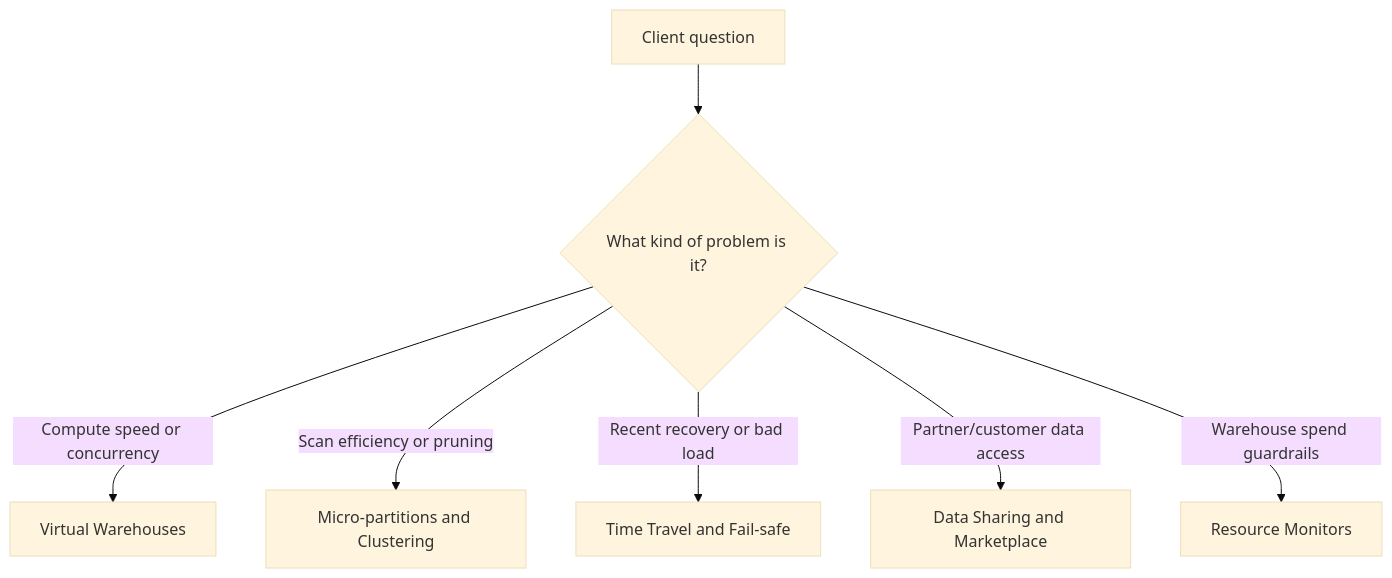
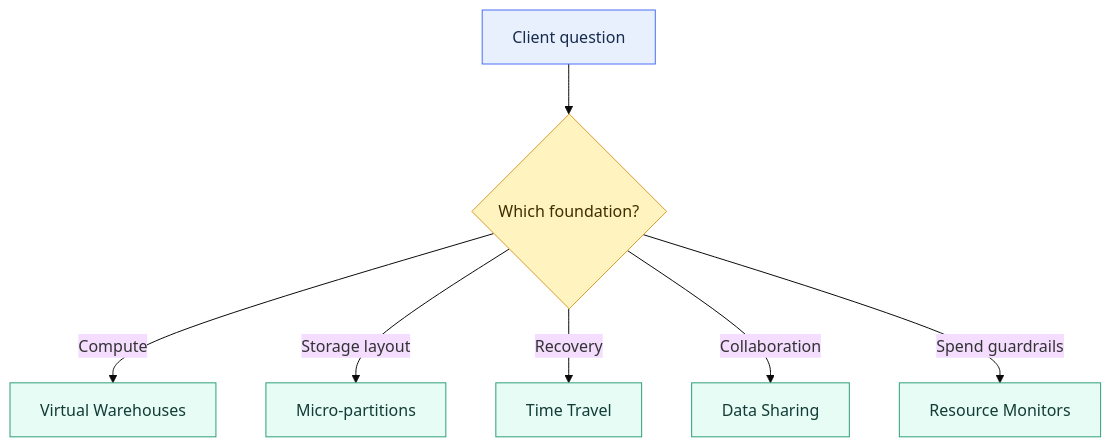
Before and after one commit to shonningsoy/Upskill: the diagram in 01 Snowflake/01 Core Architecture and Concepts/Core Architecture and Concepts Overview.md, drawn with Mermaid (base theme). The commit also changed other lines of this file and 5 other files, not shown here.

Commit message:
Improve Snowflake core architecture readability

````diff
--- a/01 Snowflake/01 Core Architecture and Concepts/Core Architecture and Concepts Overview.md
+++ b/01 Snowflake/01 Core Architecture and Concepts/Core Architecture and Concepts Overview.md
@@ -51,9 +26,19 @@
 ```mermaid
 flowchart TD
-    A["Client question"] --> B{"What kind of problem is it?"}
-    B -->|Compute speed or concurrency| C["Virtual Warehouses"]
-    B -->|Scan efficiency or pruning| D["Micro-partitions and Clustering"]
-    B -->|Recent recovery or bad load| E["Time Travel and Fail-safe"]
-    B -->|Partner/customer data access| F["Data Sharing and Marketplace"]
-    B -->|Warehouse spend guardrails| G["Resource Monitors"]
+    A["Client question"] --> B{"Which foundation?"}
+    B -->|Compute| C["Virtual Warehouses"]
+    B -->|Storage layout| D["Micro-partitions"]
+    B -->|Recovery| E["Time Travel"]
+    B -->|Collaboration| F["Data Sharing"]
+    B -->|Spend guardrails| G["Resource Monitors"]
+
+    classDef input fill:#E8F0FE,stroke:#4C6EF5,color:#172B4D
+    classDef control fill:#FFF3BF,stroke:#D69E2E,color:#3D2E00
+    classDef snowflake fill:#E6FCF5,stroke:#2F9E7B,color:#123C34
+    classDef platform fill:#F1F3F5,stroke:#868E96,color:#212529
+    classDef output fill:#F3E8FF,stroke:#805AD5,color:#2D1B4E
+
+    class A input
+    class B control
+    class C,D,E,F,G snowflake
 ```
````
